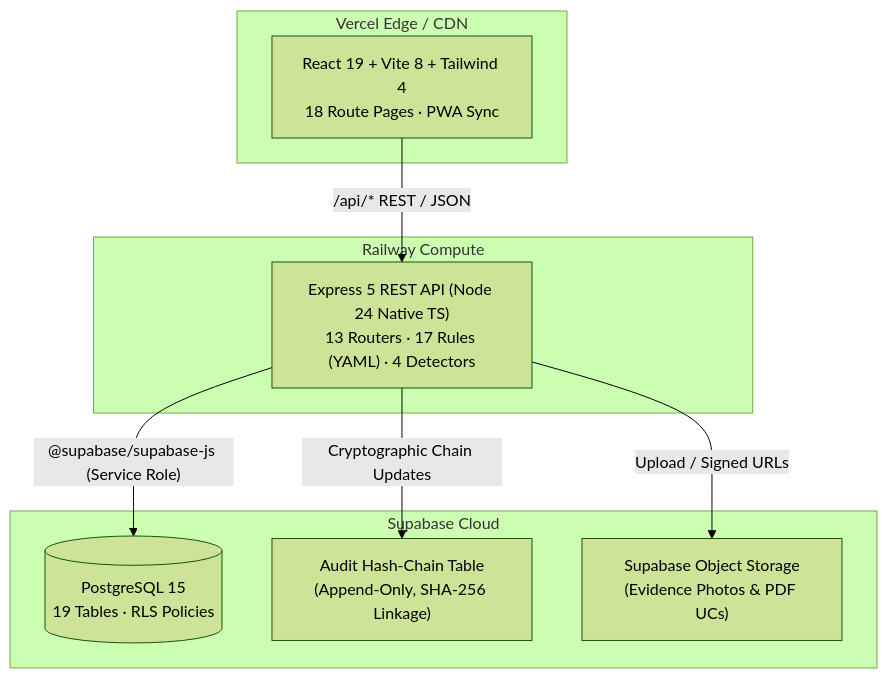
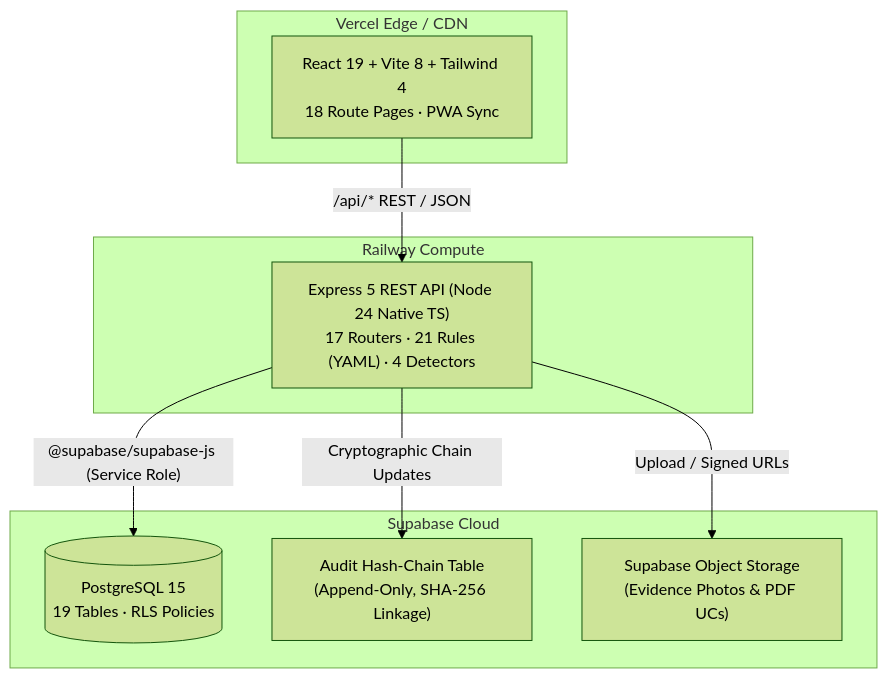
One commit to AtharvBeDiff/SIH_antigravity changed the diagram in docs/ARCHITECTURE.md. Above: the diagram before and after it, drawn with Mermaid (forest theme). The commit also changed 67 other files, not shown here.

````diff
--- a/docs/ARCHITECTURE.md
+++ b/docs/ARCHITECTURE.md
@@ -3,19 +3,19 @@
 ```mermaid
 graph TB
     subgraph "Vercel Edge / CDN"
         FE["React 19 + Vite 8 + Tailwind 4<br/>18 Route Pages · PWA Sync"]
     end
     subgraph "Railway Compute"
-        BE["Express 5 REST API (Node 24 Native TS)<br/>13 Routers · 17 Rules (YAML) · 4 Detectors"]
+        BE["Express 5 REST API (Node 24 Native TS)<br/>17 Routers · 21 Rules (YAML) · 4 Detectors"]
     end
     subgraph "Supabase Cloud"
         DB[("PostgreSQL 15<br/>19 Tables · RLS Policies")]
         LEDGER["Audit Hash-Chain Table<br/>(Append-Only, SHA-256 Linkage)"]
         STORAGE["Supabase Object Storage<br/>(Evidence Photos & PDF UCs)"]
     end
 
     FE -->|"/api/*" REST / JSON| BE
     BE -->|"@supabase/supabase-js (Service Role)"| DB
     BE -->|"Cryptographic Chain Updates"| LEDGER
     BE -->|"Upload / Signed URLs"| STORAGE
 ```
````
